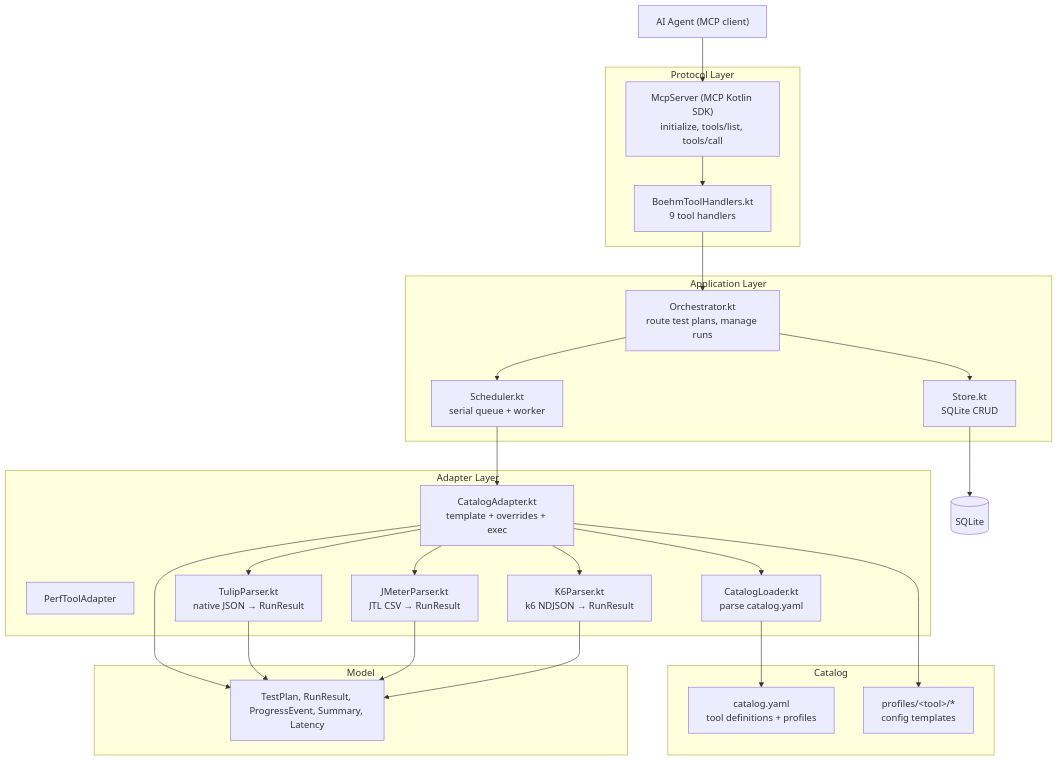
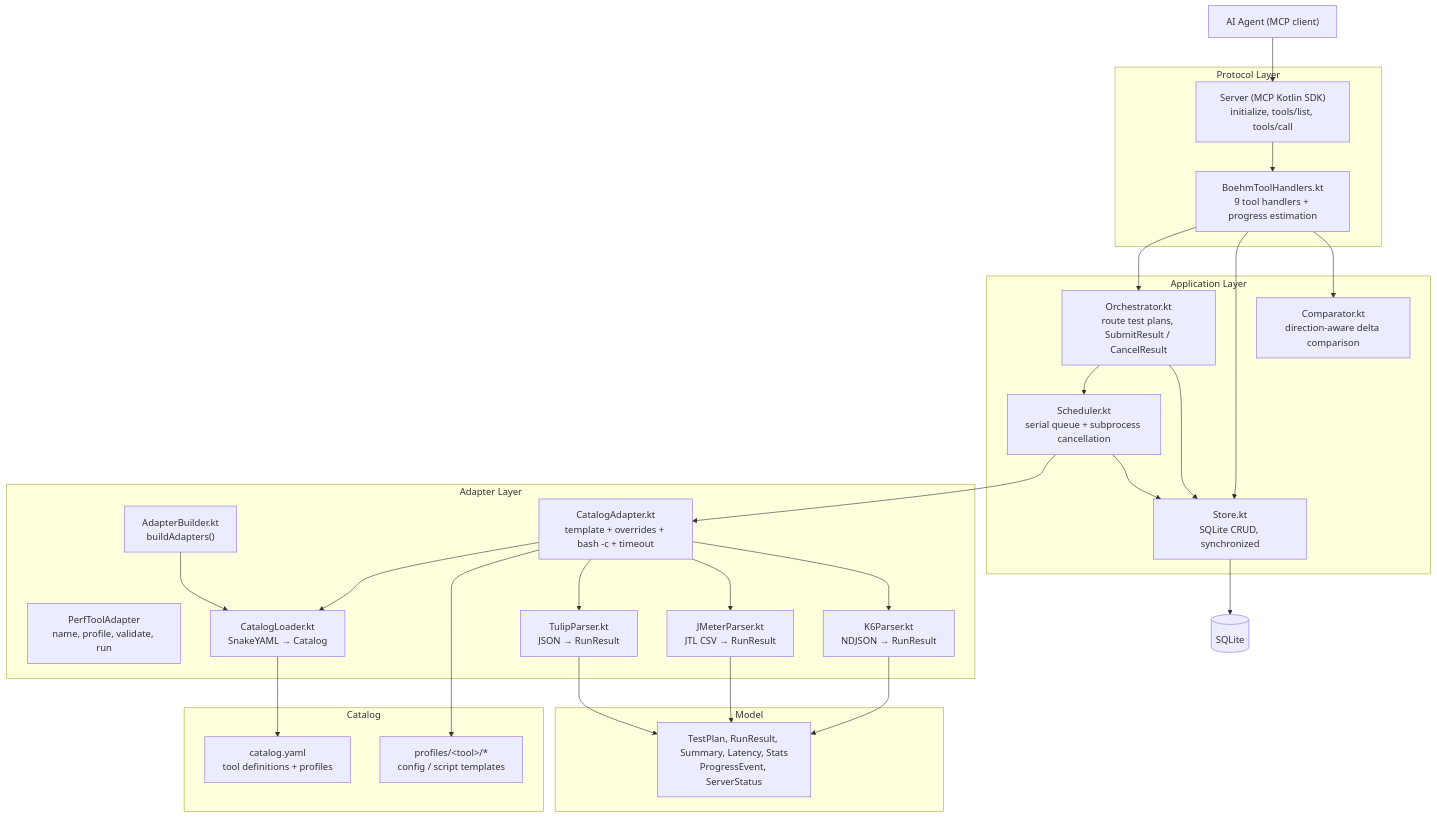
Before and after one commit to bmvanwyk/Boehm: the second of 6 diagrams in docs/architecture.md, drawn with Mermaid. The commit also changed other lines of this file and 10 other files, not shown here.

First line of the commit message:
docs: rewrite architecture/README for current codebase, remove stale specs/plans

````diff
--- a/docs/architecture.md
+++ b/docs/architecture.md
@@ -59,51 +42,56 @@
 ```mermaid
 graph TB
     subgraph "Protocol Layer"
-        McpServer["McpServer (MCP Kotlin SDK)<br/>initialize, tools/list, tools/call"]
-        BoehmToolHandlers["BoehmToolHandlers.kt<br/>9 tool handlers"]
+        McpServer["Server (MCP Kotlin SDK)<br/>initialize, tools/list, tools/call"]
+        Handlers["BoehmToolHandlers.kt<br/>9 tool handlers + progress estimation"]
     end
 
     subgraph "Application Layer"
-        Orchestrator["Orchestrator.kt<br/>route test plans, manage runs"]
-        Scheduler["Scheduler.kt<br/>serial queue + worker"]
-        Store["Store.kt<br/>SQLite CRUD"]
+        Orchestrator["Orchestrator.kt<br/>route test plans, SubmitResult / CancelResult"]
+        Scheduler["Scheduler.kt<br/>serial queue + subprocess cancellation"]
+        Store["Store.kt<br/>SQLite CRUD, synchronized"]
+        Comparator["Comparator.kt<br/>direction-aware delta comparison"]
     end
 
     subgraph "Adapter Layer"
-        AdapterInterface["PerfToolAdapter"]
-        CatalogLoader["CatalogLoader.kt<br/>parse catalog.yaml"]
-        CatalogAdapter["CatalogAdapter.kt<br/>template + overrides + exec"]
-        TulipParser["TulipParser.kt<br/>native JSON → RunResult"]
-    JMeterParser["JMeterParser.kt<br/>JTL CSV → RunResult"]
-    K6Parser["K6Parser.kt<br/>k6 NDJSON → RunResult"]
+        AdapterIface["PerfToolAdapter<br/>name, profile, validate, run"]
+        CatalogLoader["CatalogLoader.kt<br/>SnakeYAML → Catalog"]
+        AdapterBuilder["AdapterBuilder.kt<br/>buildAdapters()"]
+        CatalogAdapter["CatalogAdapter.kt<br/>template + overrides + bash -c + timeout"]
+        TulipParser["TulipParser.kt<br/>JSON → RunResult"]
+        JMeterParser["JMeterParser.kt<br/>JTL CSV → RunResult"]
+        K6Parser["K6Parser.kt<br/>NDJSON → RunResult"]
     end
 
     subgraph "Catalog"
         CatalogYaml["catalog.yaml<br/>tool definitions + profiles"]
-        Templates["profiles/&lt;tool&gt;/*<br/>config templates"]
+        Templates["profiles/&lt;tool&gt;/*<br/>config / script templates"]
     end
 
     subgraph "Model"
-        Models["TestPlan, RunResult, ProgressEvent, Summary, Latency"]
+        Models["TestPlan, RunResult, Summary, Latency, Stats<br/>ProgressEvent, ServerStatus"]
     end
 
     Agent["AI Agent (MCP client)"]
 
     CatalogLoader --> CatalogYaml
+    AdapterBuilder --> CatalogLoader
     Agent --> McpServer
-    McpServer --> BoehmToolHandlers
-    BoehmToolHandlers --> Orchestrator
+    McpServer --> Handlers
+    Handlers --> Orchestrator
+    Handlers --> Store
+    Handlers --> Comparator
     Orchestrator --> Scheduler
     Orchestrator --> Store
     Scheduler --> CatalogAdapter
+    Scheduler --> Store
     CatalogAdapter --> CatalogLoader
     CatalogAdapter --> Templates
     CatalogAdapter --> TulipParser
     CatalogAdapter --> JMeterParser
     CatalogAdapter --> K6Parser
-    CatalogAdapter --> Models
     TulipParser --> Models
     JMeterParser --> Models
     K6Parser --> Models
     Store --> SQLite[(SQLite)]
 ```
````
